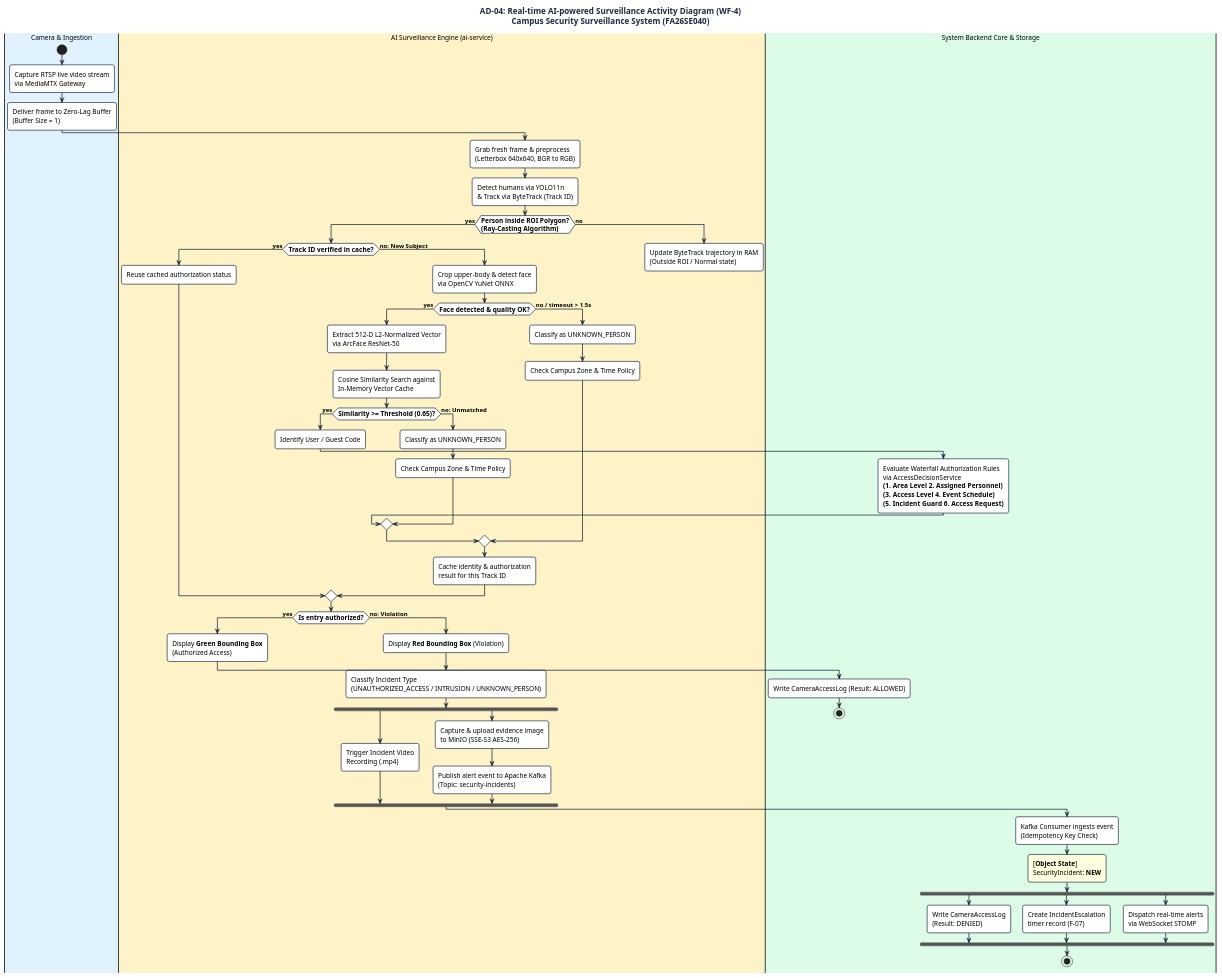
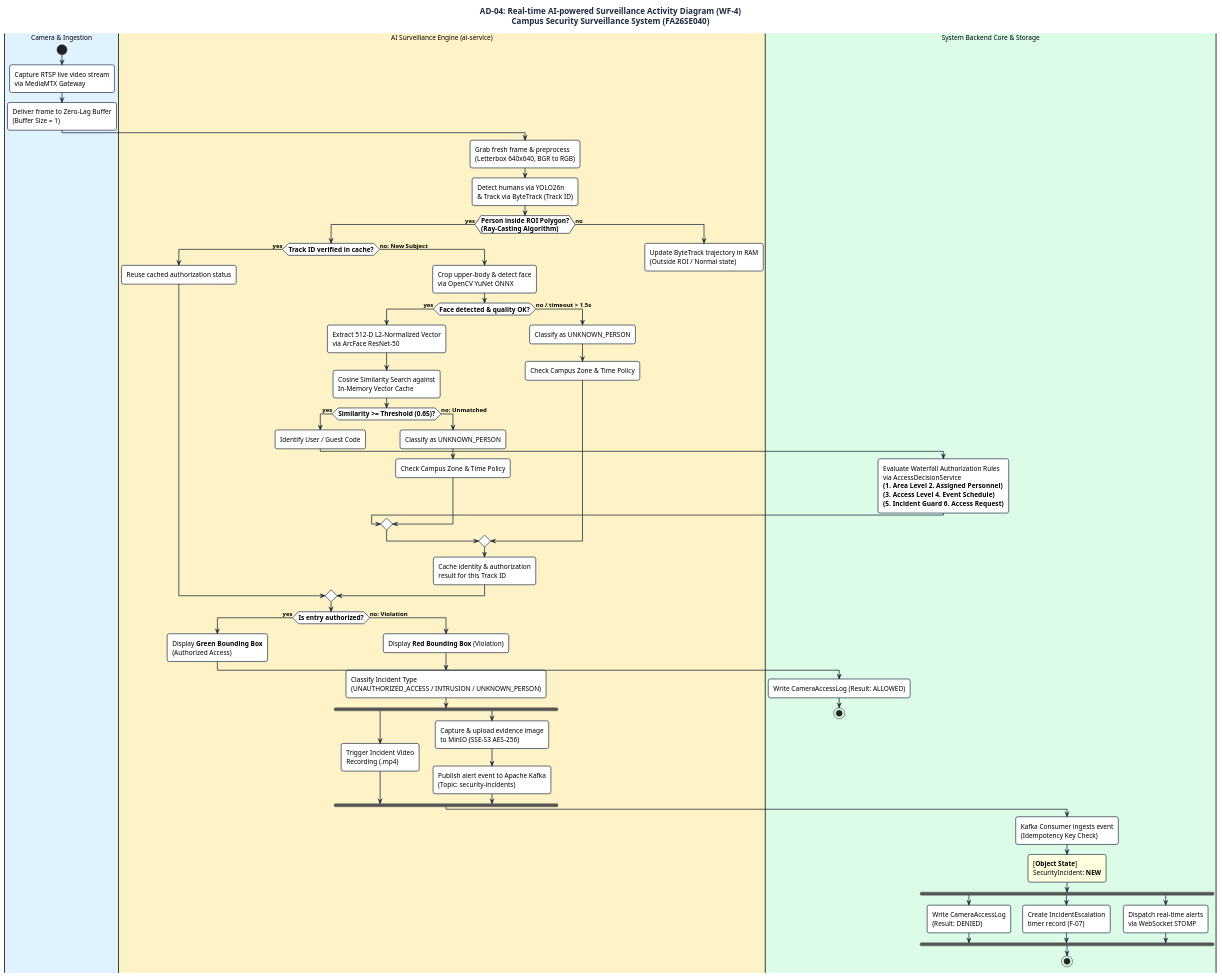
The diagram in docs/diagrams/activity-ai-surveillance-slide.puml (AnhHao2505/AI-Based-Intelligent-Campus-Security-Surveillance-System), drawn with PlantUML before and after one commit. The commit also changed 10 other files, not shown here.

Commit message:
docs(architecture): update physical architecture, activity diagrams and container configs

```diff
--- a/docs/diagrams/activity-ai-surveillance-slide.puml
+++ b/docs/diagrams/activity-ai-surveillance-slide.puml
@@ -1,111 +1,111 @@
 @startuml AD-04_RealTime_AI_Surveillance
 title AD-04: Real-time AI-powered Surveillance Activity Diagram (WF-4)\nCampus Security Surveillance System (FA26SE040)
 
 skinparam conditionStyle inside
 skinparam roundCorner 8
 skinparam shadowing false
 skinparam defaultFontName Arial
 skinparam defaultFontSize 13
 skinparam defaultFontStyle plain
 
 skinparam titleFontSize 16
 skinparam titleFontColor #1E293B
 
 skinparam ActivityDiamondBackgroundColor #FEF08A
 skinparam ActivityDiamondBorderColor #CA8A04
 skinparam ActivityDiamondFontSize 13
 skinparam ActivityDiamondFontStyle bold
 
 skinparam ActivityBackgroundColor #FFFFFF
 skinparam ActivityBorderColor #334155
 skinparam ActivityBorderThickness 1.5
 skinparam ActivityFontSize 13
 
 skinparam ArrowColor #1E293B
 skinparam ArrowFontSize 12
 skinparam ArrowFontStyle bold
 skinparam ArrowThickness 1.5
 
 skinparam PartitionBorderColor #64748B
 skinparam PartitionBorderThickness 1.5
 skinparam PartitionFontSize 14
 skinparam PartitionFontStyle bold
 
 |#E0F2FE|Camera & Ingestion|
 start
 :Capture RTSP live video stream\nvia MediaMTX Gateway;
 :Deliver frame to Zero-Lag Buffer\n(Buffer Size = 1);
 
 |#FEF3C7|AI Surveillance Engine (ai-service)|
 :Grab fresh frame & preprocess\n(Letterbox 640x640, BGR to RGB);
-:Detect humans via YOLO11n\n& Track via ByteTrack (Track ID);
+:Detect humans via YOLO26n\n& Track via ByteTrack (Track ID);
 
 if (Person inside ROI Polygon?\n(Ray-Casting Algorithm)) then (yes)
   if (Track ID verified in cache?) then (yes)
     :Reuse cached authorization status;
   else (no: New Subject)
     :Crop upper-body & detect face\nvia OpenCV YuNet ONNX;
     if (Face detected & quality OK?) then (yes)
       :Extract 512-D L2-Normalized Vector\nvia ArcFace ResNet-50;
       :Cosine Similarity Search against\nIn-Memory Vector Cache;
       if (Similarity >= Threshold (0.65)?) then (yes)
         :Identify User / Guest Code;
         |#DCFCE7|System Backend Core & Storage|
         :Evaluate Waterfall Authorization Rules\nvia AccessDecisionService\n**(1. Area Level  2. Assigned Personnel)**\n**(3. Access Level  4. Event Schedule)**\n**(5. Incident Guard  6. Access Request)**;
       else (no: Unmatched)
         |#FEF3C7|AI Surveillance Engine (ai-service)|
         :Classify as UNKNOWN_PERSON;
         :Check Campus Zone & Time Policy;
       endif
     else (no / timeout > 1.5s)
       |#FEF3C7|AI Surveillance Engine (ai-service)|
       :Classify as UNKNOWN_PERSON;
       :Check Campus Zone & Time Policy;
     endif
     |#FEF3C7|AI Surveillance Engine (ai-service)|
     :Cache identity & authorization\nresult for this Track ID;
   endif
 
   |#FEF3C7|AI Surveillance Engine (ai-service)|
   if (Is entry authorized?) then (yes)
     :Display **Green Bounding Box**\n(Authorized Access);
     |#DCFCE7|System Backend Core & Storage|
     :Write CameraAccessLog (Result: ALLOWED);
     stop
   else (no: Violation)
     |#FEF3C7|AI Surveillance Engine (ai-service)|
     :Display **Red Bounding Box** (Violation);
     :Classify Incident Type\n(UNAUTHORIZED_ACCESS / INTRUSION / UNKNOWN_PERSON);
 
     ' ===== PARALLEL FORK 1: AI EVIDENCE =====
     fork
       :Trigger Incident Video\nRecording (.mp4);
     fork again
       :Capture & upload evidence image\nto MinIO (SSE-S3 AES-256);
       :Publish alert event to Apache Kafka\n(Topic: security-incidents);
     end fork
 
     |#DCFCE7|System Backend Core & Storage|
     :Kafka Consumer ingests event\n(Idempotency Key Check);
 
     #LightYellow:[**Object State**]\nSecurityIncident: **NEW**;
 
     ' ===== PARALLEL FORK 2: BACKEND DISPATCH =====
     fork
       :Write CameraAccessLog\n(Result: DENIED);
     fork again
       :Create IncidentEscalation\ntimer record (F-07);
     fork again
       :Dispatch real-time alerts\nvia WebSocket STOMP;
     end fork
 
     stop
   endif
 
 else (no)
   |#FEF3C7|AI Surveillance Engine (ai-service)|
   :Update ByteTrack trajectory in RAM\n(Outside ROI / Normal state);
   detach
 endif
 
 @enduml
```
